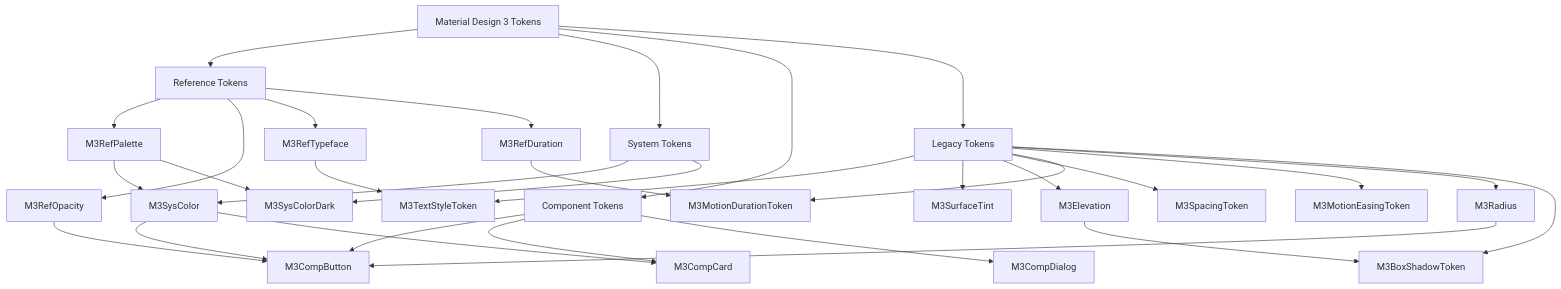
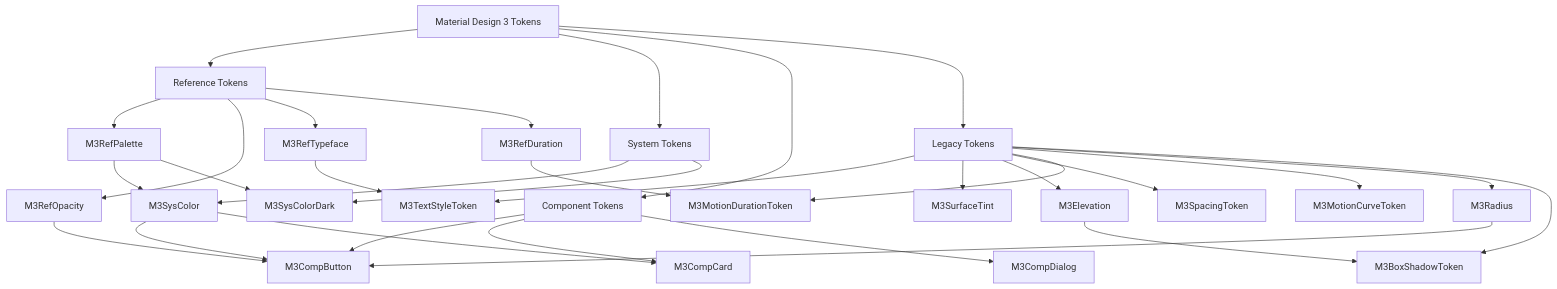
Before and after one commit to fluttely/material_design: the first of 5 diagrams in documentation/material_design/pt_BR/maps/Token Map.md, drawn with Mermaid. The commit also changed 18 other files, not shown here.

````diff
--- a/documentation/material_design/pt_BR/maps/Token Map.md
+++ b/documentation/material_design/pt_BR/maps/Token Map.md
@@ -11,41 +11,41 @@
 ```mermaid
 graph TD
     A[Material Design 3 Tokens] --> B[Reference Tokens]
     A --> C[System Tokens]
     A --> D[Component Tokens]
     A --> E[Legacy Tokens]
 
     B --> B1[M3RefPalette]
     B --> B2[M3RefOpacity]
     B --> B3[M3RefTypeface]
     B --> B4[M3RefDuration]
 
     C --> C1[M3SysColor]
     C --> C2[M3SysColorDark]
 
     D --> D1[M3CompButton]
     D --> D2[M3CompCard]
     D --> D3[M3CompDialog]
 
     E --> E1[M3TextStyleToken]
     E --> E2[M3SurfaceTint]
     E --> E3[M3Elevation]
     E --> E4[M3SpacingToken]
     E --> E5[M3MotionDurationToken]
-    E --> E6[M3MotionEasingToken]
+    E --> E6[M3MotionCurveToken]
     E --> E7[M3Radius]
     E --> E8[M3BoxShadowToken]
 
     %% Conexões de dependência
     B1 --> C1
     B1 --> C2
     B2 --> D1
     B3 --> E1
     B4 --> E5
 
     C1 --> D1
     C1 --> D2
 
     E3 --> E8
     E7 --> D1
 ```
````
